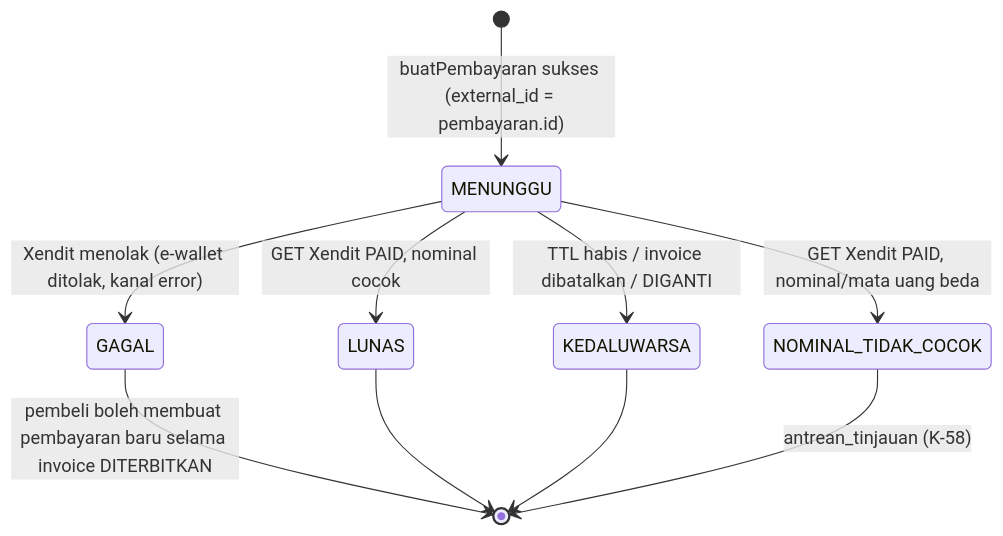
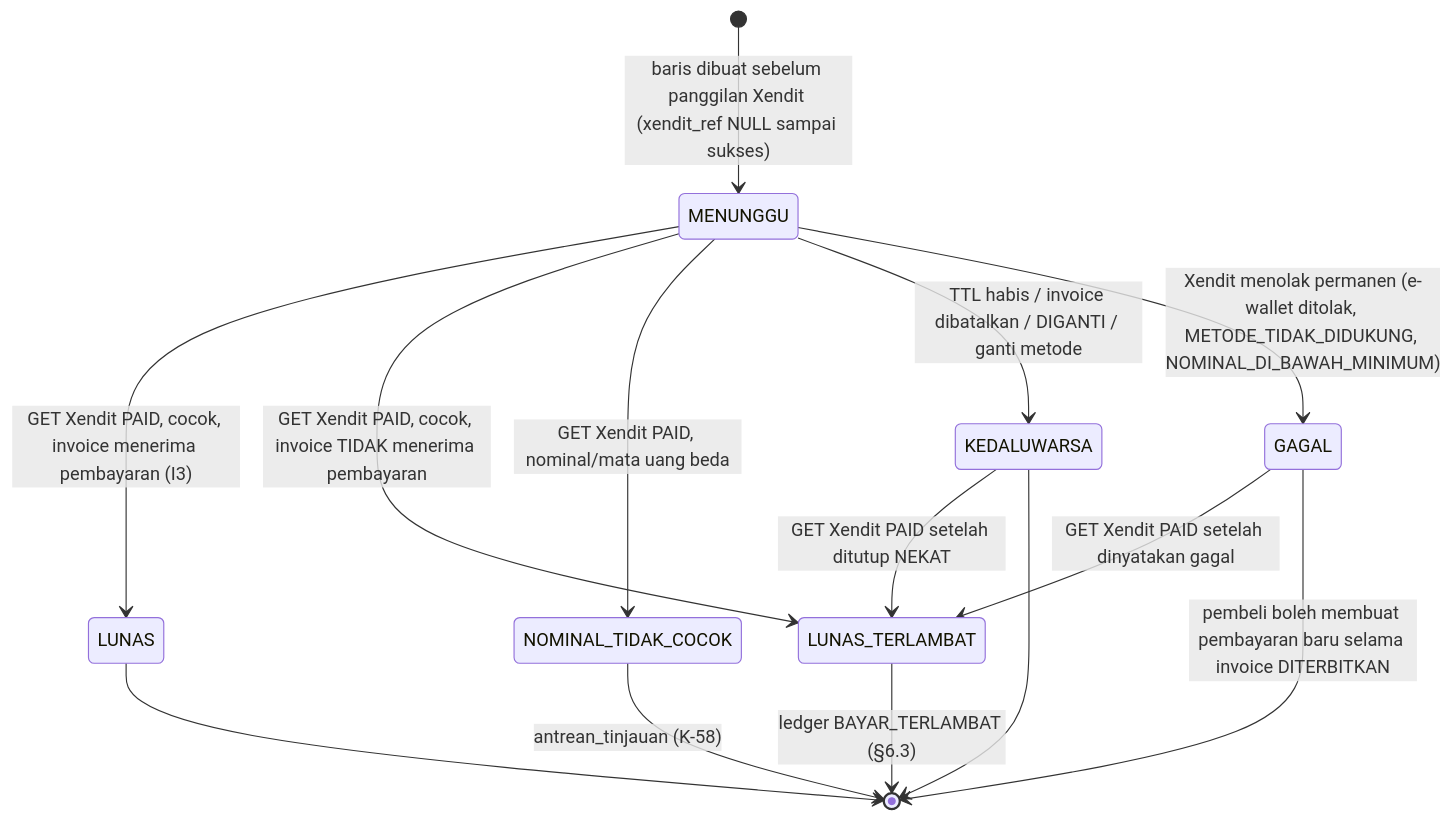
The second of 3 diagrams in docs/flow/pembayaran.md (nirmalaniskalanalakamoirai-ai/Nekat-App), drawn with Mermaid before and after one commit. The commit also changed other lines of this file, not shown here.

First line of the commit message:
T-005: perbaiki temuan review flow pembayaran (v0.2)

````diff
--- a/docs/flow/pembayaran.md
+++ b/docs/flow/pembayaran.md
@@ -105,12 +105,16 @@
 ```mermaid
 stateDiagram-v2
-    [*] --> MENUNGGU: buatPembayaran sukses (external_id = pembayaran.id)
-    MENUNGGU --> LUNAS: GET Xendit PAID, nominal cocok
+    [*] --> MENUNGGU: baris dibuat sebelum panggilan Xendit (xendit_ref NULL sampai sukses)
+    MENUNGGU --> LUNAS: GET Xendit PAID, cocok, invoice menerima pembayaran (I3)
+    MENUNGGU --> LUNAS_TERLAMBAT: GET Xendit PAID, cocok, invoice TIDAK menerima pembayaran
     MENUNGGU --> NOMINAL_TIDAK_COCOK: GET Xendit PAID, nominal/mata uang beda
-    MENUNGGU --> KEDALUWARSA: TTL habis / invoice dibatalkan / DIGANTI
-    MENUNGGU --> GAGAL: Xendit menolak (e-wallet ditolak, kanal error)
+    MENUNGGU --> KEDALUWARSA: TTL habis / invoice dibatalkan / DIGANTI / ganti metode
+    MENUNGGU --> GAGAL: Xendit menolak permanen (e-wallet ditolak, METODE_TIDAK_DIDUKUNG, NOMINAL_DI_BAWAH_MINIMUM)
+    KEDALUWARSA --> LUNAS_TERLAMBAT: GET Xendit PAID setelah ditutup NEKAT
+    GAGAL --> LUNAS_TERLAMBAT: GET Xendit PAID setelah dinyatakan gagal
     GAGAL --> [*]: pembeli boleh membuat pembayaran baru selama invoice DITERBITKAN
     LUNAS --> [*]
+    LUNAS_TERLAMBAT --> [*]: ledger BAYAR_TERLAMBAT (§6.3)
     KEDALUWARSA --> [*]
     NOMINAL_TIDAK_COCOK --> [*]: antrean_tinjauan (K-58)
 ```
````
